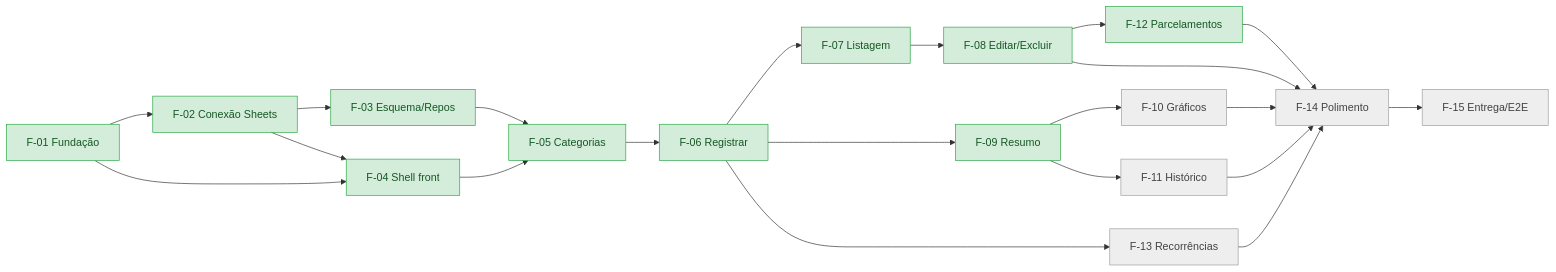
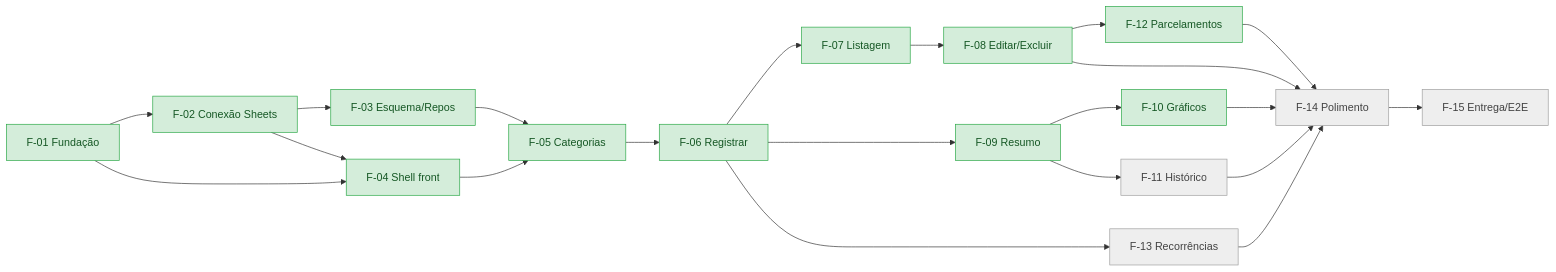
One commit to Pedrohcs/PlanilhaFinanceira changed the diagram in SPECS/05-acompanhamento.md. Above: the diagram before and after it, drawn with Mermaid. The commit also changed other lines of this file and 9 other files, not shown here.

````diff
--- a/SPECS/05-acompanhamento.md
+++ b/SPECS/05-acompanhamento.md
@@ -64,23 +64,23 @@
 ```mermaid
 flowchart LR
     F01[F-01 Fundação] --> F02[F-02 Conexão Sheets] --> F03[F-03 Esquema/Repos]
     F01 --> F04[F-04 Shell front]
     F02 --> F04
     F03 --> F05[F-05 Categorias]
     F04 --> F05
     F05 --> F06[F-06 Registrar]
     F06 --> F07[F-07 Listagem] --> F08[F-08 Editar/Excluir]
     F06 --> F09[F-09 Resumo]
     F09 --> F10[F-10 Gráficos]
     F09 --> F11[F-11 Histórico]
     F08 --> F12[F-12 Parcelamentos]
     F06 --> F13[F-13 Recorrências]
     F08 & F10 & F11 & F12 & F13 --> F14[F-14 Polimento]
     F14 --> F15[F-15 Entrega/E2E]
 
     classDef naoIniciada fill:#eeeeee,stroke:#9e9e9e,color:#424242;
     classDef iniciada fill:#fff3cd,stroke:#f0ad4e,color:#5c4400;
     classDef concluida fill:#d4edda,stroke:#28a745,color:#155724;
-    class F10,F11,F13,F14,F15 naoIniciada;
-    class F01,F02,F03,F04,F05,F06,F07,F08,F09,F12 concluida;
+    class F11,F13,F14,F15 naoIniciada;
+    class F01,F02,F03,F04,F05,F06,F07,F08,F09,F10,F12 concluida;
 ```
````
